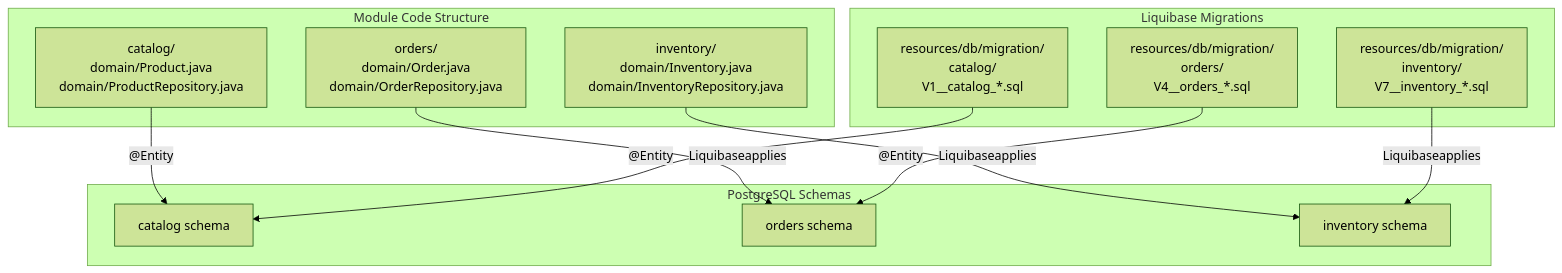
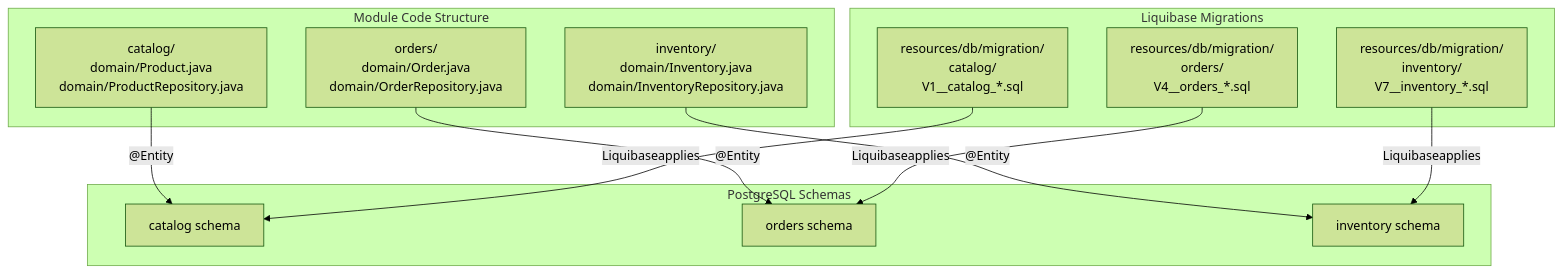
One commit to philipz/spring-modular-monolith changed the second of 6 diagrams in docs/deepwiki/Database-Schema-Organization.md. Above: the diagram before and after it, drawn with Mermaid (forest theme). The commit also changed 32 other files, not shown here.

````diff
--- a/docs/deepwiki/Database-Schema-Organization.md
+++ b/docs/deepwiki/Database-Schema-Organization.md
@@ -79,38 +79,38 @@
 ```mermaid
 flowchart TD
 
 CatalogMod["catalog/<br>domain/Product.java<br>domain/ProductRepository.java"]
 OrdersMod["orders/<br>domain/Order.java<br>domain/OrderRepository.java"]
 InventoryMod["inventory/<br>domain/Inventory.java<br>domain/InventoryRepository.java"]
 CatalogChangelog["resources/db/migration/<br>catalog/<br>V1__catalog_*.sql"]
 OrdersChangelog["resources/db/migration/<br>orders/<br>V4__orders_*.sql"]
 InventoryChangelog["resources/db/migration/<br>inventory/<br>V7__inventory_*.sql"]
 CatalogDB["catalog schema"]
 OrdersDB["orders schema"]
 InventoryDB["inventory schema"]
 
 CatalogMod -->|"@Entity"| CatalogDB
-OrdersMod -->|"Liquibaseapplies"| OrdersDB
-InventoryMod -->|"Liquibaseapplies"| InventoryDB
-CatalogChangelog -->|"@Entity"| CatalogDB
-OrdersChangelog -->|"@Entity"| OrdersDB
+OrdersMod -->|"@Entity"| OrdersDB
+InventoryMod -->|"@Entity"| InventoryDB
+CatalogChangelog -->|"Liquibaseapplies"| CatalogDB
+OrdersChangelog -->|"Liquibaseapplies"| OrdersDB
 InventoryChangelog -->|"Liquibaseapplies"| InventoryDB
 
 subgraph subGraph2 ["PostgreSQL Schemas"]
     CatalogDB
     OrdersDB
     InventoryDB
 end
 
 subgraph subGraph1 ["Liquibase Migrations"]
     CatalogChangelog
     OrdersChangelog
     InventoryChangelog
 end
 
 subgraph subGraph0 ["Module Code Structure"]
     CatalogMod
     OrdersMod
     InventoryMod
 end
 ```
````
